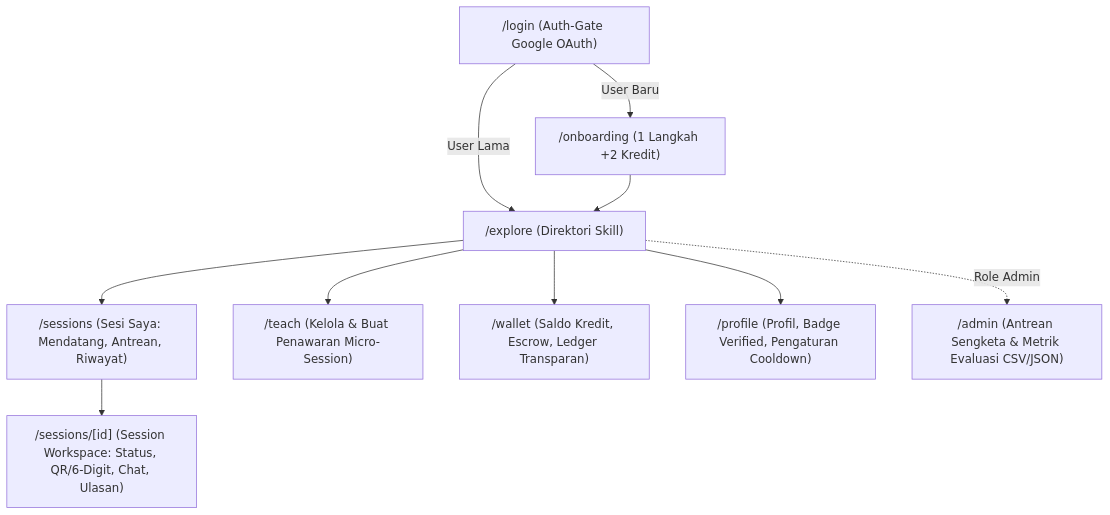
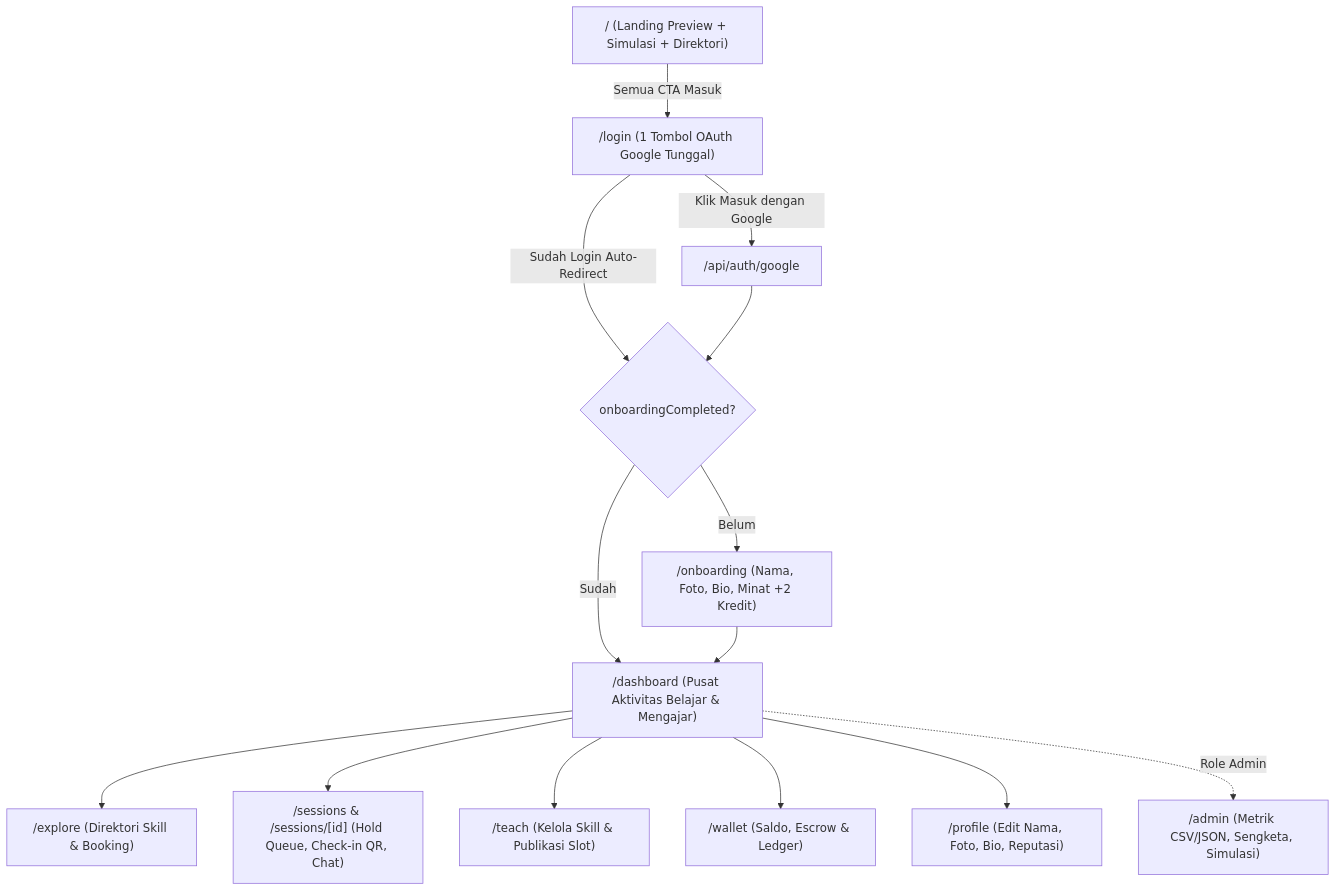
Before and after one commit to efracode/Hackathon-SkillBarter: the diagram in DESIGN.md, drawn with Mermaid. The commit also changed other lines of this file and 19 other files, not shown here.

````diff
--- a/DESIGN.md
+++ b/DESIGN.md
@@ -31,12 +69,16 @@
 ```mermaid
 flowchart TD
-    A["/login (Auth-Gate Google OAuth)"] -->|User Baru| B["/onboarding (1 Langkah +2 Kredit)"]
-    A -->|User Lama| C["/explore (Direktori Skill)"]
-    B --> C
-    C --> D["/sessions (Sesi Saya: Mendatang, Antrean, Riwayat)"]
-    D --> E["/sessions/[id] (Session Workspace: Status, QR/6-Digit, Chat, Ulasan)"]
-    C --> F["/teach (Kelola & Buat Penawaran Micro-Session)"]
-    C --> G["/wallet (Saldo Kredit, Escrow, Ledger Transparan)"]
-    C --> H["/profile (Profil, Badge Verified, Pengaturan Cooldown)"]
-    C -.->|Role Admin| I["/admin (Antrean Sengketa & Metrik Evaluasi CSV/JSON)"]
+    Landing["/ (Landing Preview + Simulasi + Direktori)"] -->|Semua CTA Masuk| Login["/login (1 Tombol OAuth Google Tunggal)"]
+    Login -->|Sudah Login Auto-Redirect| Guard{"onboardingCompleted?"}
+    Login -->|Klik Masuk dengan Google| OAuth["/api/auth/google"]
+    OAuth --> Guard
+    Guard -- Belum --> Onboarding["/onboarding (Nama, Foto, Bio, Minat +2 Kredit)"]
+    Guard -- Sudah --> Dashboard["/dashboard (Pusat Aktivitas Belajar & Mengajar)"]
+    Onboarding --> Dashboard
+    Dashboard --> Explore["/explore (Direktori Skill & Booking)"]
+    Dashboard --> Sessions["/sessions & /sessions/[id] (Hold Queue, Check-in QR, Chat)"]
+    Dashboard --> Teach["/teach (Kelola Skill & Publikasi Slot)"]
+    Dashboard --> Wallet["/wallet (Saldo, Escrow & Ledger)"]
+    Dashboard --> Profile["/profile (Edit Nama, Foto, Bio, Reputasi)"]
+    Dashboard -.->|Role Admin| Admin["/admin (Metrik CSV/JSON, Sengketa, Simulasi)"]
 ```
````
